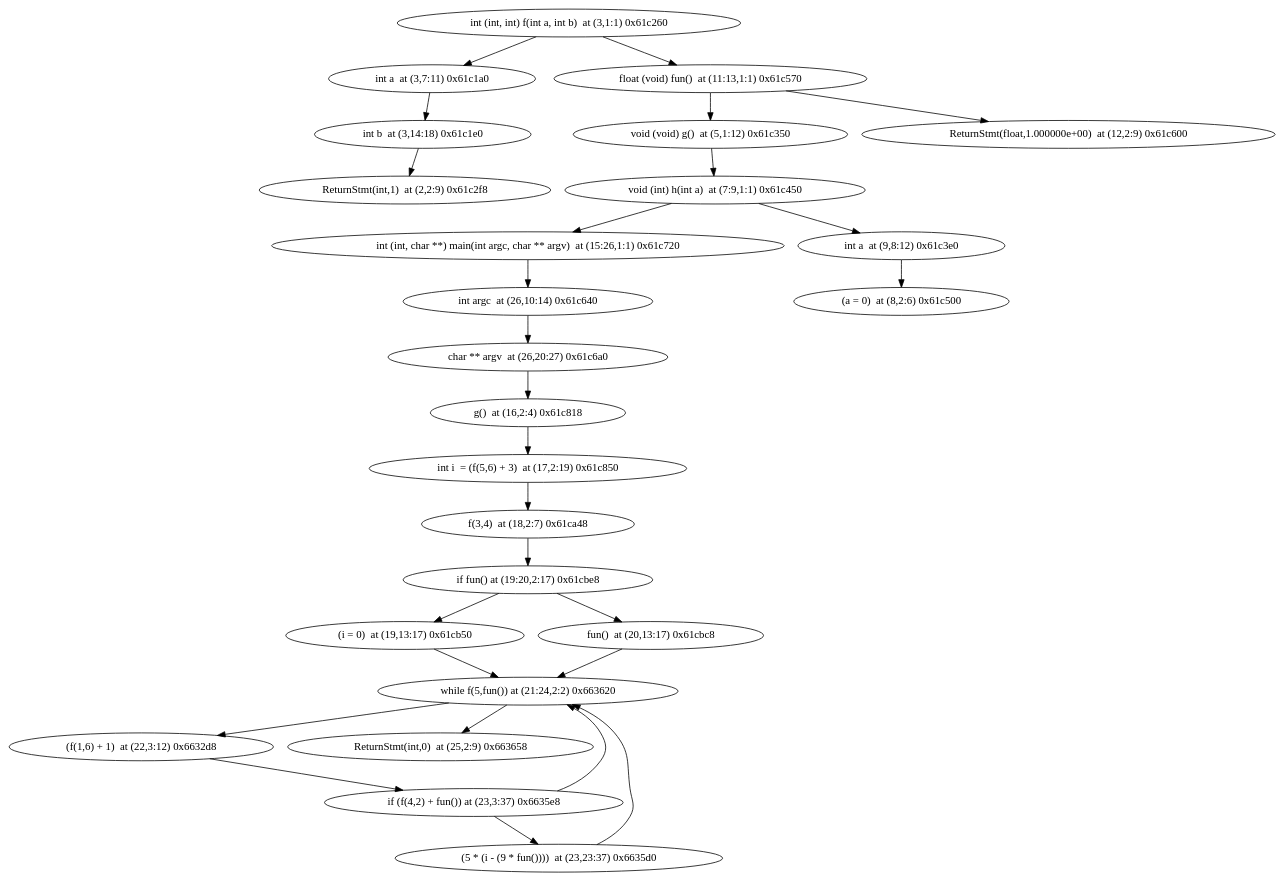
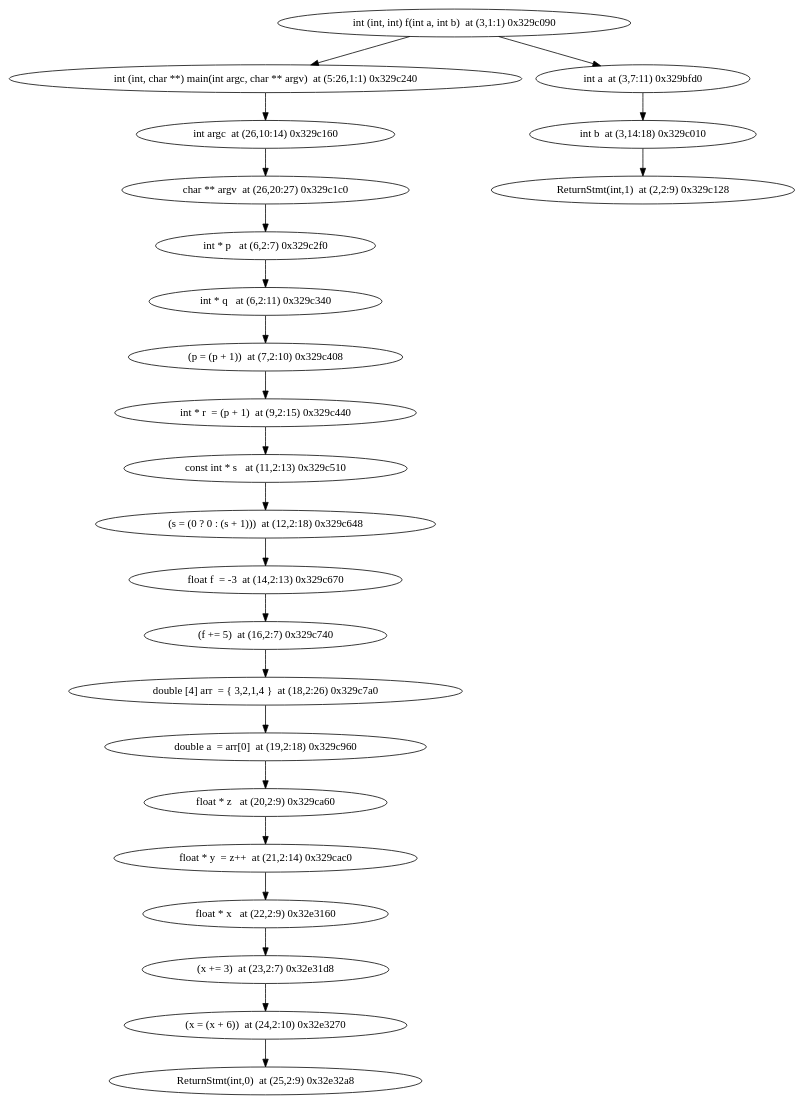
Before and after one commit to jxw1102/Projet-merou: the diagram in ModelChecker/unitary_tests/Model_checker/test.dot, drawn with Graphviz. The commit also changed 27 other files, not shown here.

```diff
--- a/ModelChecker/unitary_tests/Model_checker/test.dot
+++ b/ModelChecker/unitary_tests/Model_checker/test.dot
@@ -1,33 +1,26 @@
 digraph {
-"int (int, int) f(int a, int b)  at (3,1:1) 0x61c260" -> "int a  at (3,7:11) 0x61c1a0"
-"int a  at (3,7:11) 0x61c1a0" -> "int b  at (3,14:18) 0x61c1e0"
-"int b  at (3,14:18) 0x61c1e0" -> "ReturnStmt(int,1)  at (2,2:9) 0x61c2f8"
-"ReturnStmt(int,1)  at (2,2:9) 0x61c2f8"
-"int (int, int) f(int a, int b)  at (3,1:1) 0x61c260" -> "float (void) fun()  at (11:13,1:1) 0x61c570"
-"float (void) fun()  at (11:13,1:1) 0x61c570" -> "void (void) g()  at (5,1:12) 0x61c350"
-"void (void) g()  at (5,1:12) 0x61c350" -> "void (int) h(int a)  at (7:9,1:1) 0x61c450"
-"void (int) h(int a)  at (7:9,1:1) 0x61c450" -> "int (int, char **) main(int argc, char ** argv)  at (15:26,1:1) 0x61c720"
-"int (int, char **) main(int argc, char ** argv)  at (15:26,1:1) 0x61c720" -> "int argc  at (26,10:14) 0x61c640"
-"int argc  at (26,10:14) 0x61c640" -> "char ** argv  at (26,20:27) 0x61c6a0"
-"char ** argv  at (26,20:27) 0x61c6a0" -> "g()  at (16,2:4) 0x61c818"
-"g()  at (16,2:4) 0x61c818" -> "int i  = (f(5,6) + 3)  at (17,2:19) 0x61c850"
-"int i  = (f(5,6) + 3)  at (17,2:19) 0x61c850" -> "f(3,4)  at (18,2:7) 0x61ca48"
-"f(3,4)  at (18,2:7) 0x61ca48" -> "if fun() at (19:20,2:17) 0x61cbe8"
-"if fun() at (19:20,2:17) 0x61cbe8" -> "(i = 0)  at (19,13:17) 0x61cb50"
-"if fun() at (19:20,2:17) 0x61cbe8" -> "fun()  at (20,13:17) 0x61cbc8"
-"(i = 0)  at (19,13:17) 0x61cb50" -> "while f(5,fun()) at (21:24,2:2) 0x663620"
-"while f(5,fun()) at (21:24,2:2) 0x663620" -> "(f(1,6) + 1)  at (22,3:12) 0x6632d8"
-"while f(5,fun()) at (21:24,2:2) 0x663620" -> "ReturnStmt(int,0)  at (25,2:9) 0x663658"
-"(f(1,6) + 1)  at (22,3:12) 0x6632d8" -> "if (f(4,2) + fun()) at (23,3:37) 0x6635e8"
-"if (f(4,2) + fun()) at (23,3:37) 0x6635e8" -> "(5 * (i - (9 * fun())))  at (23,23:37) 0x6635d0"
-"if (f(4,2) + fun()) at (23,3:37) 0x6635e8" -> "while f(5,fun()) at (21:24,2:2) 0x663620"
-"(5 * (i - (9 * fun())))  at (23,23:37) 0x6635d0" -> "while f(5,fun()) at (21:24,2:2) 0x663620"
-"ReturnStmt(int,0)  at (25,2:9) 0x663658"
-"fun()  at (20,13:17) 0x61cbc8" -> "while f(5,fun()) at (21:24,2:2) 0x663620"
-"void (void) g()  at (5,1:12) 0x61c350"
-"float (void) fun()  at (11:13,1:1) 0x61c570" -> "ReturnStmt(float,1.000000e+00)  at (12,2:9) 0x61c600"
-"ReturnStmt(float,1.000000e+00)  at (12,2:9) 0x61c600"
-"void (int) h(int a)  at (7:9,1:1) 0x61c450" -> "int a  at (9,8:12) 0x61c3e0"
-"int a  at (9,8:12) 0x61c3e0" -> "(a = 0)  at (8,2:6) 0x61c500"
-"(a = 0)  at (8,2:6) 0x61c500"
+"int (int, int) f(int a, int b)  at (3,1:1) 0x329c090" -> "int (int, char **) main(int argc, char ** argv)  at (5:26,1:1) 0x329c240"
+"int (int, char **) main(int argc, char ** argv)  at (5:26,1:1) 0x329c240" -> "int argc  at (26,10:14) 0x329c160"
+"int argc  at (26,10:14) 0x329c160" -> "char ** argv  at (26,20:27) 0x329c1c0"
+"char ** argv  at (26,20:27) 0x329c1c0" -> "int * p   at (6,2:7) 0x329c2f0"
+"int * p   at (6,2:7) 0x329c2f0" -> "int * q   at (6,2:11) 0x329c340"
+"int * q   at (6,2:11) 0x329c340" -> "(p = (p + 1))  at (7,2:10) 0x329c408"
+"(p = (p + 1))  at (7,2:10) 0x329c408" -> "int * r  = (p + 1)  at (9,2:15) 0x329c440"
+"int * r  = (p + 1)  at (9,2:15) 0x329c440" -> "const int * s   at (11,2:13) 0x329c510"
+"const int * s   at (11,2:13) 0x329c510" -> "(s = (0 ? 0 : (s + 1)))  at (12,2:18) 0x329c648"
+"(s = (0 ? 0 : (s + 1)))  at (12,2:18) 0x329c648" -> "float f  = -3  at (14,2:13) 0x329c670"
+"float f  = -3  at (14,2:13) 0x329c670" -> "(f += 5)  at (16,2:7) 0x329c740"
+"(f += 5)  at (16,2:7) 0x329c740" -> "double [4] arr  = { 3,2,1,4 }  at (18,2:26) 0x329c7a0"
+"double [4] arr  = { 3,2,1,4 }  at (18,2:26) 0x329c7a0" -> "double a  = arr[0]  at (19,2:18) 0x329c960"
+"double a  = arr[0]  at (19,2:18) 0x329c960" -> "float * z   at (20,2:9) 0x329ca60"
+"float * z   at (20,2:9) 0x329ca60" -> "float * y  = z++  at (21,2:14) 0x329cac0"
+"float * y  = z++  at (21,2:14) 0x329cac0" -> "float * x   at (22,2:9) 0x32e3160"
+"float * x   at (22,2:9) 0x32e3160" -> "(x += 3)  at (23,2:7) 0x32e31d8"
+"(x += 3)  at (23,2:7) 0x32e31d8" -> "(x = (x + 6))  at (24,2:10) 0x32e3270"
+"(x = (x + 6))  at (24,2:10) 0x32e3270" -> "ReturnStmt(int,0)  at (25,2:9) 0x32e32a8"
+"ReturnStmt(int,0)  at (25,2:9) 0x32e32a8"
+"int (int, int) f(int a, int b)  at (3,1:1) 0x329c090" -> "int a  at (3,7:11) 0x329bfd0"
+"int a  at (3,7:11) 0x329bfd0" -> "int b  at (3,14:18) 0x329c010"
+"int b  at (3,14:18) 0x329c010" -> "ReturnStmt(int,1)  at (2,2:9) 0x329c128"
+"ReturnStmt(int,1)  at (2,2:9) 0x329c128"
 }
```
